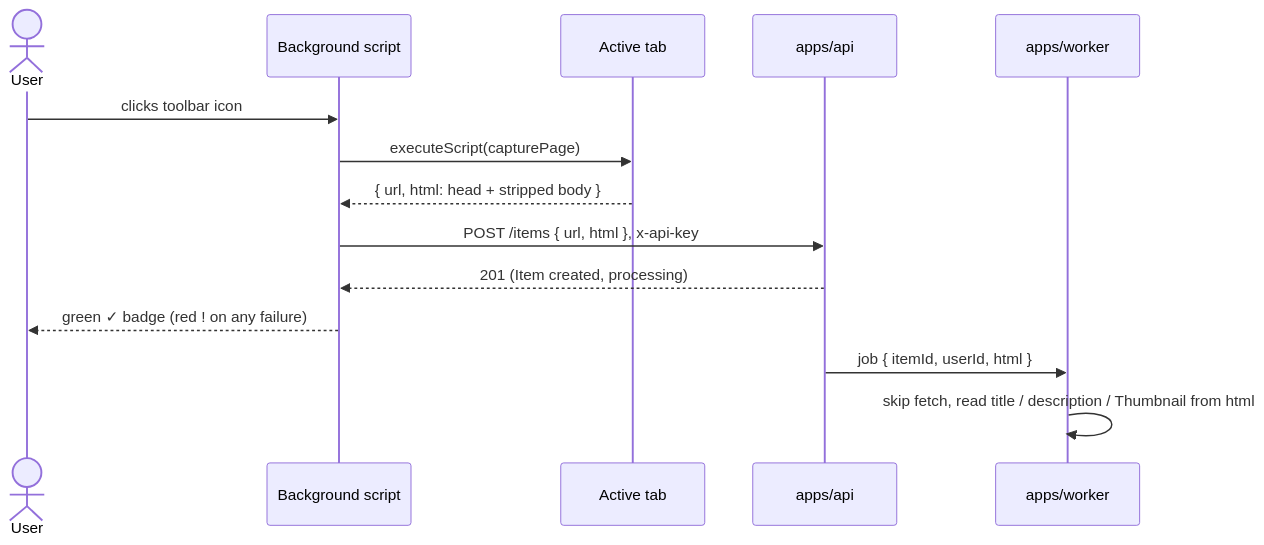
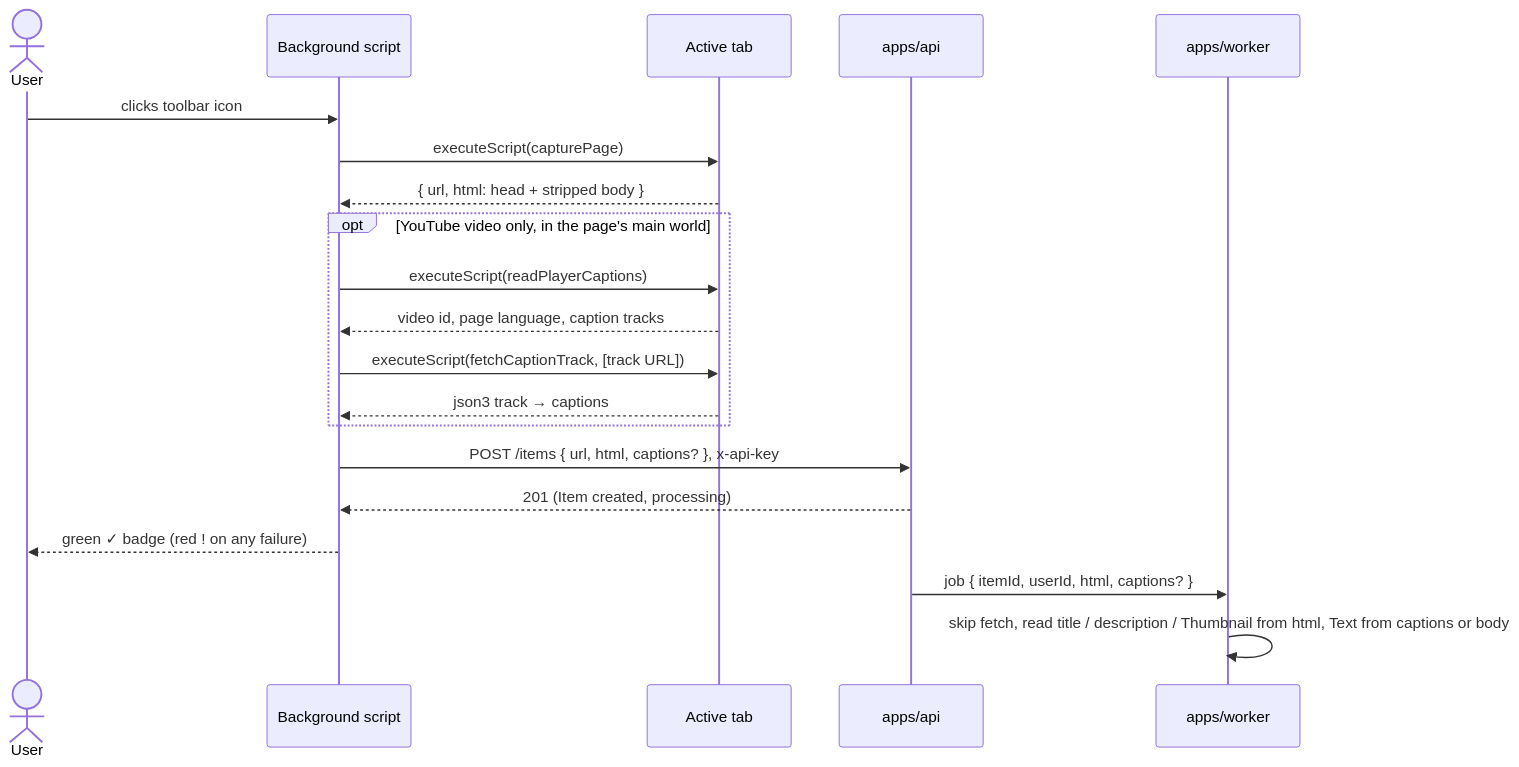
Before and after one commit to souravdotdev/Resonory: the diagram in docs/extension.md, drawn with Mermaid. The commit also changed other lines of this file and 3 other files, not shown here.

Commit message:
docs: document YouTube caption capture and captions as Text

````diff
--- a/docs/extension.md
+++ b/docs/extension.md
@@ -7,16 +7,22 @@
 ```mermaid
 sequenceDiagram
     actor User
     participant BG as Background script
     participant Tab as Active tab
     participant API as apps/api
     participant W as apps/worker
     User->>BG: clicks toolbar icon
     BG->>Tab: executeScript(capturePage)
     Tab-->>BG: { url, html: head + stripped body }
-    BG->>API: POST /items { url, html }, x-api-key
+    opt YouTube video only, in the page's main world
+        BG->>Tab: executeScript(readPlayerCaptions)
+        Tab-->>BG: video id, page language, caption tracks
+        BG->>Tab: executeScript(fetchCaptionTrack, [track URL])
+        Tab-->>BG: json3 track → captions
+    end
+    BG->>API: POST /items { url, html, captions? }, x-api-key
     API-->>BG: 201 (Item created, processing)
     BG-->>User: green ✓ badge (red ! on any failure)
-    API->>W: job { itemId, userId, html }
-    W->>W: skip fetch, read title / description / Thumbnail from html
+    API->>W: job { itemId, userId, html, captions? }
+    W->>W: skip fetch, read title / description / Thumbnail from html, Text from captions or body
 ```
````
